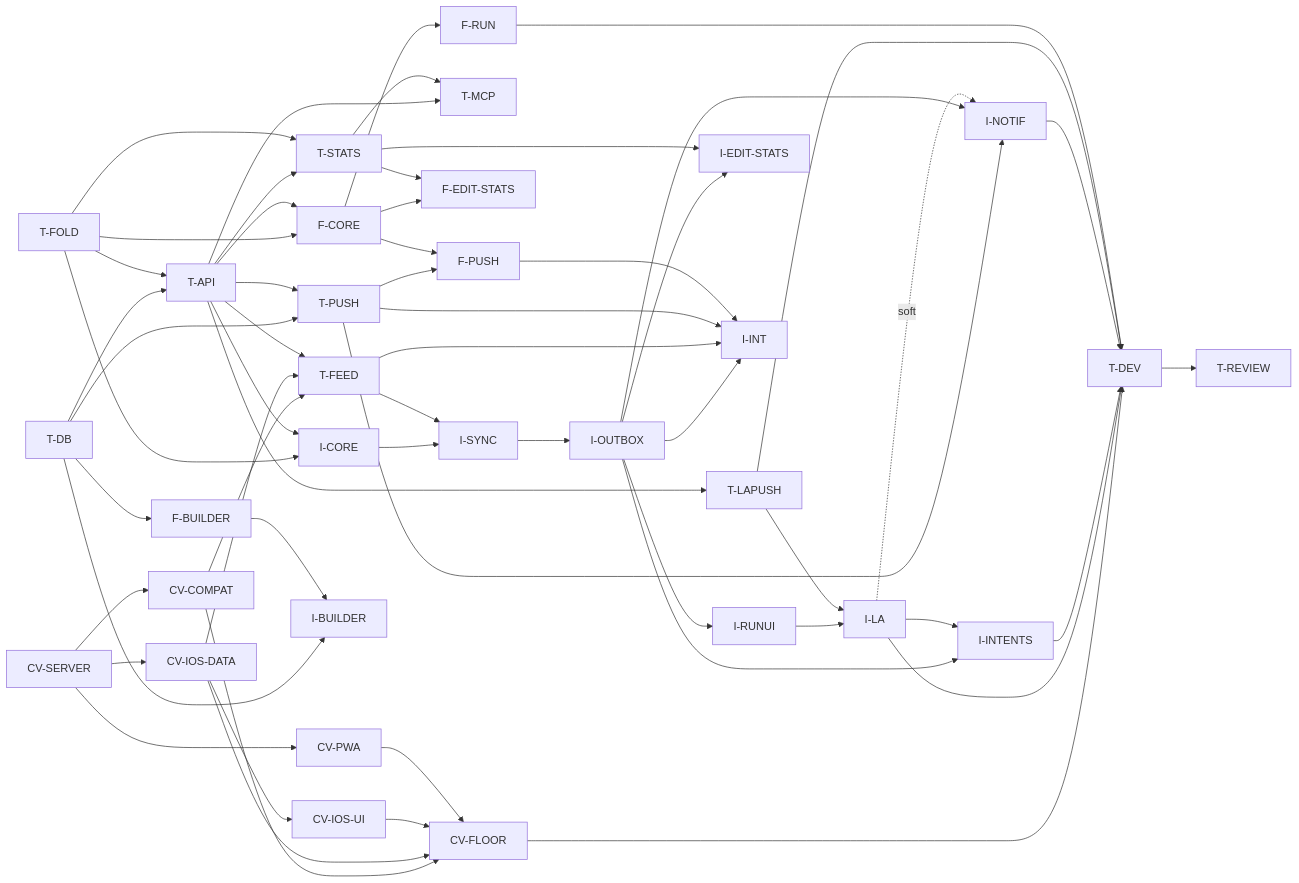
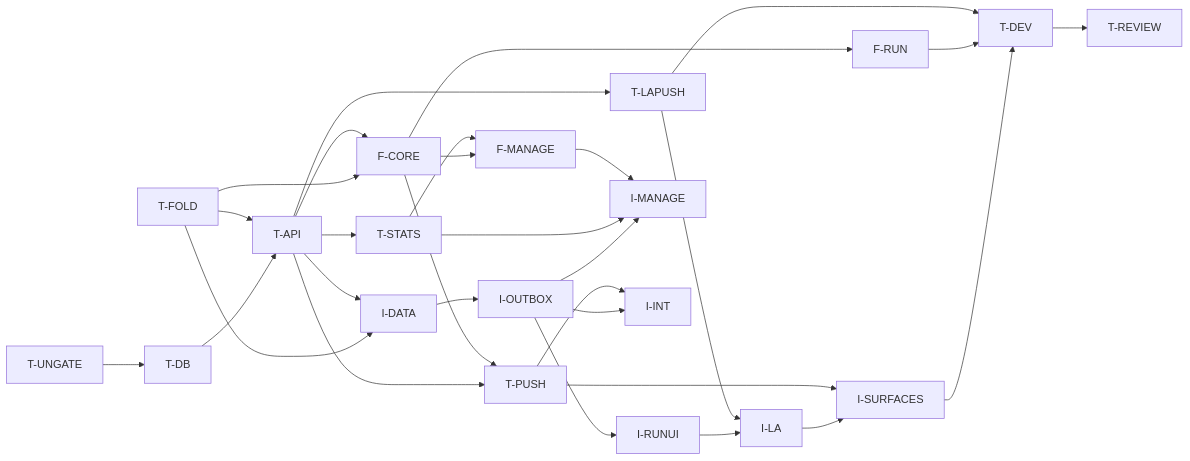
The diagram in docs/specs/timers-plan.md (Richard-Lynch/quickr), drawn with Mermaid before and after one commit. The commit also changed other lines of this file and 2 other files, not shown here.

````diff
--- a/docs/specs/timers-plan.md
+++ b/docs/specs/timers-plan.md
@@ -482,62 +330,35 @@
 ```mermaid
 flowchart LR
-  CVS[CV-SERVER] --> CVC[CV-COMPAT]
-  CVS --> CVID[CV-IOS-DATA]
-  CVID --> CVIU[CV-IOS-UI]
-  CVS --> CVP[CV-PWA]
-  CVC --> CVF[CV-FLOOR]
-  CVID --> CVF
-  CVIU --> CVF
-  CVP --> CVF
-  CVC --> TFEED
-  CVID --> TFEED
-  CVF --> TDEV
-  TDB[T-DB] --> TAPI[T-API]
+  UNG[T-UNGATE] --> TDB[T-DB]
+  TDB --> TAPI[T-API]
   TFOLD[T-FOLD] --> TAPI
-  TAPI --> TFEED[T-FEED]
   TAPI --> TSTATS[T-STATS]
-  TFOLD --> TSTATS
-  TDB --> TPUSH[T-PUSH]
-  TAPI --> TPUSH
+  TAPI --> TPUSH[T-PUSH]
   TAPI --> TLAPUSH[T-LAPUSH]
-  TAPI --> TMCP[T-MCP]
-  TSTATS --> TMCP
 
   TFOLD --> FCORE[F-CORE]
   TAPI --> FCORE
   FCORE --> FRUN[F-RUN]
-  TDB --> FBUILD[F-BUILDER]
-  FCORE --> FEDIT[F-EDIT-STATS]
-  TSTATS --> FEDIT
-  TPUSH --> FPUSH[F-PUSH]
-  FCORE --> FPUSH
+  FCORE --> FMAN[F-MANAGE]
+  TSTATS --> FMAN
+  FCORE --> TPUSH
 
-  TFOLD --> ICORE[I-CORE]
-  TAPI --> ICORE
-  ICORE --> ISYNC[I-SYNC]
-  TFEED --> ISYNC
-  ISYNC --> IOUT[I-OUTBOX]
+  TFOLD --> IDATA[I-DATA]
+  TAPI --> IDATA
+  IDATA --> IOUT[I-OUTBOX]
   IOUT --> IRUN[I-RUNUI]
-  TDB --> IBUILD[I-BUILDER]
-  FBUILD --> IBUILD
-  IOUT --> IEDIT[I-EDIT-STATS]
-  TSTATS --> IEDIT
+  IOUT --> IMAN[I-MANAGE]
+  TSTATS --> IMAN
+  FMAN --> IMAN
   IRUN --> ILA[I-LA]
   TLAPUSH --> ILA
-  IOUT --> IINT[I-INTENTS]
-  ILA --> IINT
-  TPUSH --> INOTIF[I-NOTIF]
-  IOUT --> INOTIF
-  ILA -.soft.-> INOTIF
-  IOUT --> IINTG[I-INT]
-  TFEED --> IINTG
-  TPUSH --> IINTG
-  FPUSH --> IINTG
+  ILA --> ISURF[I-SURFACES]
+  TPUSH --> ISURF
+  IOUT --> IINT[I-INT]
+  TPUSH --> IINT
 
-  ILA --> TDEV[T-DEV]
-  IINT --> TDEV
-  INOTIF --> TDEV
+  ISURF --> TDEV[T-DEV]
+  FRUN --> TDEV
   TLAPUSH --> TDEV
-  FRUN --> TDEV
   TDEV --> TREV[T-REVIEW]
 ```
````
